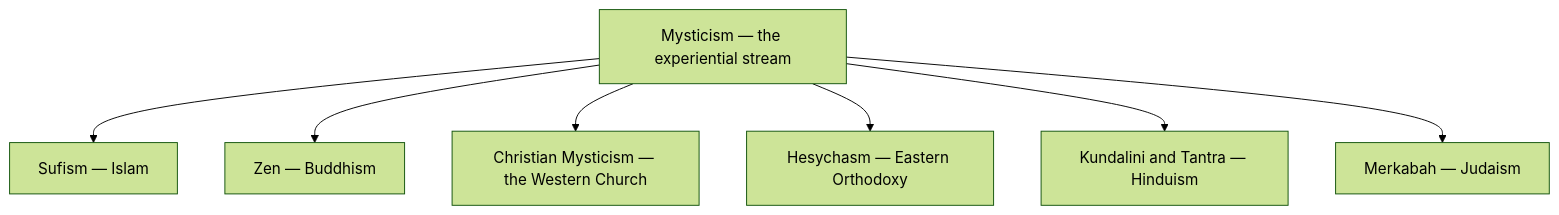
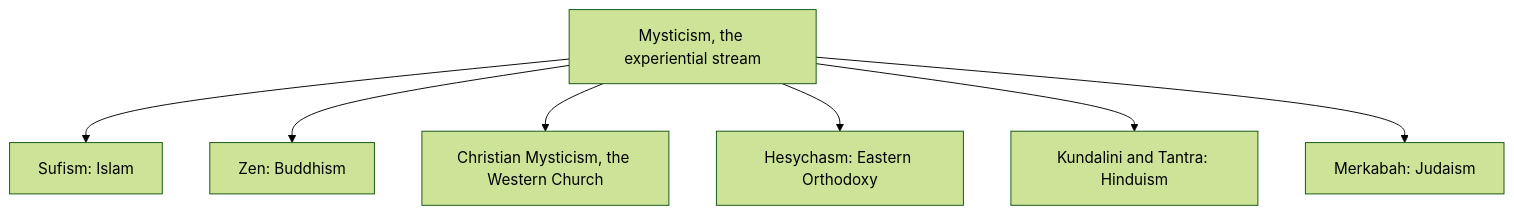
Before and after one commit to kennethreitz/kennethreitz.org: the diagram in data/knowledge/spirituality/mysticism/index.md, drawn with Mermaid (forest theme). The commit also changed other lines of this file and 879 other files, not shown here.

````diff
--- a/data/knowledge/spirituality/mysticism/index.md
+++ b/data/knowledge/spirituality/mysticism/index.md
@@ -37,10 +37,10 @@
 ```mermaid
 flowchart TD
-    Myst["Mysticism — the experiential stream"]
-    Myst --> S["Sufism — Islam"]
-    Myst --> Z["Zen — Buddhism"]
-    Myst --> CM["Christian Mysticism — the Western Church"]
-    Myst --> H["Hesychasm — Eastern Orthodoxy"]
-    Myst --> KT["Kundalini and Tantra — Hinduism"]
-    Myst --> MK["Merkabah — Judaism"]
+    Myst["Mysticism, the experiential stream"]
+    Myst --> S["Sufism: Islam"]
+    Myst --> Z["Zen: Buddhism"]
+    Myst --> CM["Christian Mysticism, the Western Church"]
+    Myst --> H["Hesychasm: Eastern Orthodoxy"]
+    Myst --> KT["Kundalini and Tantra: Hinduism"]
+    Myst --> MK["Merkabah: Judaism"]
 ```
````
